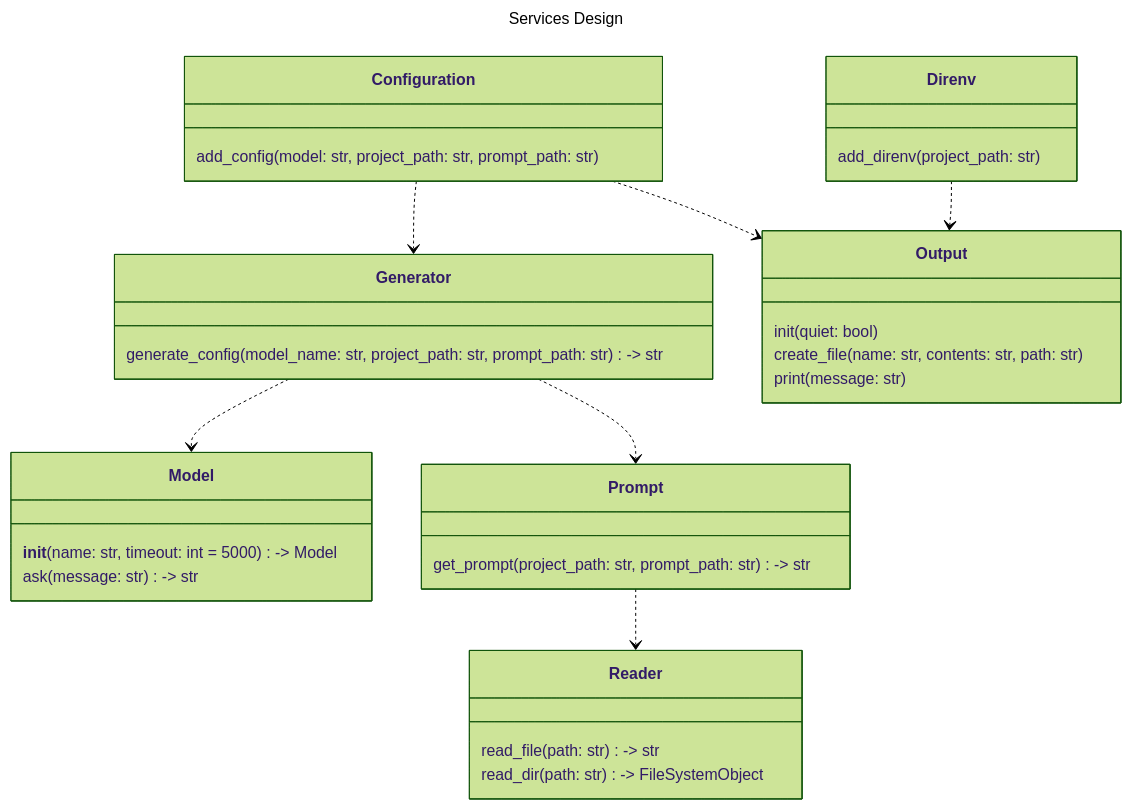
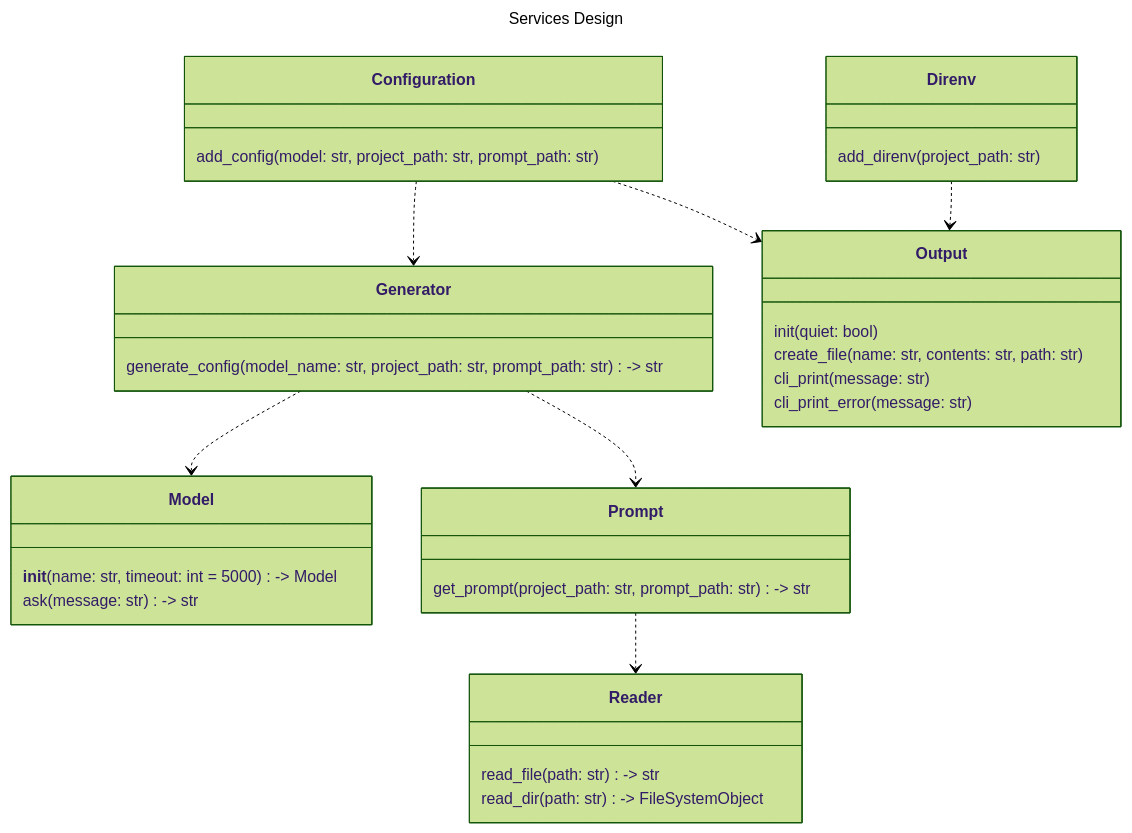
One commit to Oldranda1414/AutoDev changed the diagram in docs/assets/src/services_design.mmd. Above: the diagram before and after it, drawn with Mermaid (forest theme). The commit also changed 4 other files, not shown here.

```diff
--- a/docs/assets/src/services_design.mmd
+++ b/docs/assets/src/services_design.mmd
@@ -1,52 +1,53 @@
 ---
 title: Services Design
 ---
 classDiagram
 
     class Configuration {
         add_config(model: str, project_path: str, prompt_path: str) 
 %% pseudo code: 
 %%     def add_config(model, project_path, prompt_path):
 %%         contents = Generator.generate_config(model, project_path, prompt_path)
 %%         Output.create_file("flake.nix", contents)
     }
 
     class Direnv {
         add_direnv(project_path: str)
     }
 
     class Generator {
         generate_config(model_name: str, project_path: str, prompt_path: str) -> str
 %% pseudo code: 
 %%     def generateConfig(model_name, project_path, prompt_path):
 %%         model = Model(model)
 %%         message = Prompt.getPrompt(project_path, prompt_path)
 %%         return model.ask(message)
     }
 
     class Model {
         __init__(name: str, timeout: int = 5000) -> Model
         ask(message: str) -> str
     }
 
     class Prompt {
         get_prompt(project_path: str, prompt_path: str) -> str
     }
 
     class Output {
         init(quiet: bool)
         create_file(name: str, contents: str, path: str)
-        print(message: str)
+        cli_print(message: str)
+        cli_print_error(message: str)
     }
 
     class Reader {
         read_file(path: str) -> str
         read_dir(path: str) -> FileSystemObject
     }
 
     Direnv ..> Output
     Configuration ..> Output
     Configuration ..> Generator
     Generator ..> Model
     Generator ..> Prompt
     Prompt ..> Reader
```
